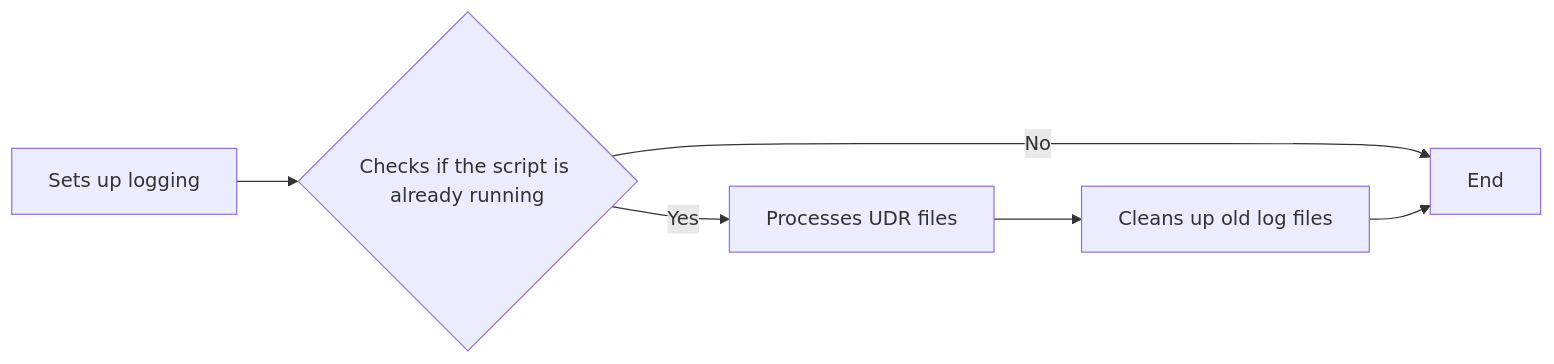
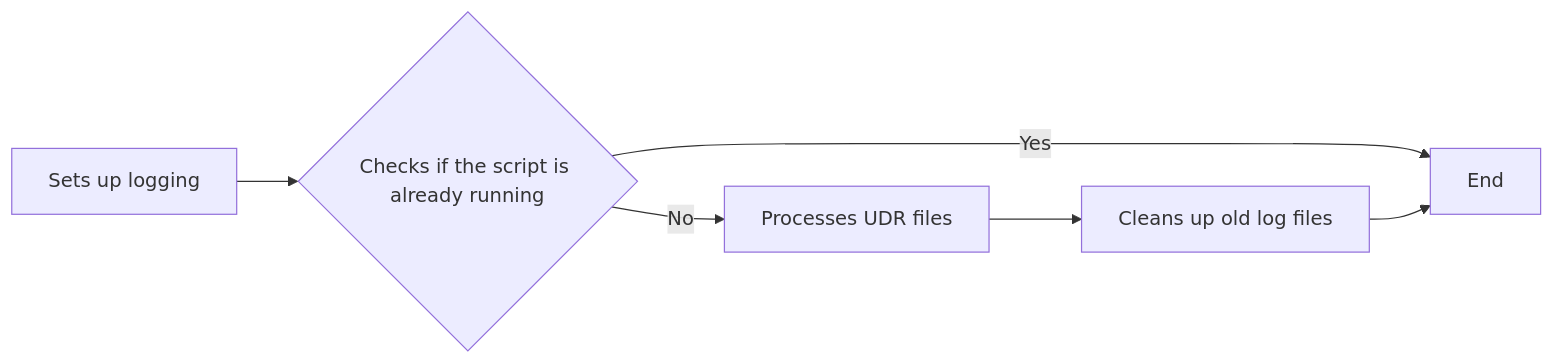
Before and after one commit to maulanaady/psn: the first of 2 diagrams in UDR/parsing_readme.md, drawn with Mermaid.

Commit message:
Update readme file

````diff
--- a/UDR/parsing_readme.md
+++ b/UDR/parsing_readme.md
@@ -145,8 +145,8 @@
 ```mermaid
 graph LR;
     A[Sets up logging] --> B{Checks if the script is already running};
-    B -->|Yes| C[Processes UDR files];
-    B -->|No| E[End];
+    B -->|No| C[Processes UDR files];
+    B -->|Yes| E[End];
     C --> D[Cleans up old log files];
     D --> E[End];
 ```    
````
